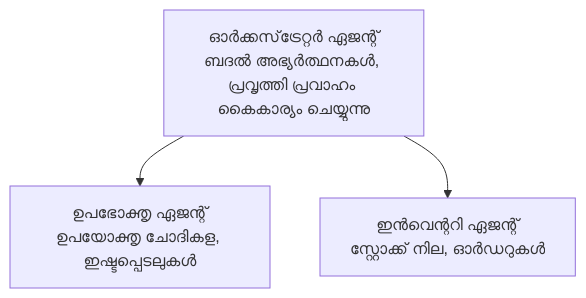
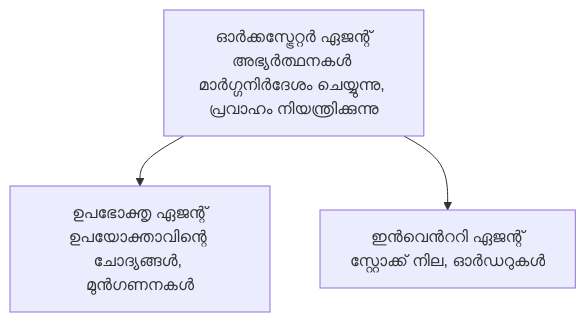
One commit to microsoft/AZD-for-beginners changed the diagram in translations/ml/docs/chapter-05-multi-agent/README.md. Above: the diagram before and after it, drawn with Mermaid. The commit also changed other lines of this file and 59 other files, not shown here.

````diff
--- a/translations/ml/docs/chapter-05-multi-agent/README.md
+++ b/translations/ml/docs/chapter-05-multi-agent/README.md
@@ -54,5 +54,5 @@
 ```mermaid
 graph TD
-    Orchestrator[ഓർക്കസ്‌ട്രേറ്റർ ഏജന്റ്<br/>ബദൽ അഭ്യർത്ഥനകൾ, പ്രവൃത്തി പ്രവാഹം കൈകാര്യം ചെയ്യുന്നു] --> Customer[ഉപഭോക്തൃ ഏജന്റ്<br/>ഉപയോക്തൃ ചോദികള, ഇഷ്ടപ്പെടലുകൾ]
-    Orchestrator --> Inventory[ഇൻവെന്ററി ഏജന്റ്<br/>സ്റ്റോക്ക് നില, ഓർഡറുകൾ]
+    Orchestrator[ഓർക്കസ്ട്രേറ്റർ ഏജന്റ്<br/>അഭ്യര്‍ത്ഥനകള്‍ മാര്‍ഗ്ഗനിര്‍ദേശം ചെയ്യുന്നു, പ്രവാഹം നിയന്ത്രിക്കുന്നു] --> Customer[ഉപഭോക്തൃ ഏജന്റ്<br/>ഉപയോക്താവിന്റെ ചോദ്യങ്ങള്‍, മുൻഗണനകൾ]
+    Orchestrator --> Inventory[ഇൻവെൻററി ഏജന്റ്<br/>സ്റ്റോക്ക് നില, ഓർഡറുകൾ]
 ```
````
